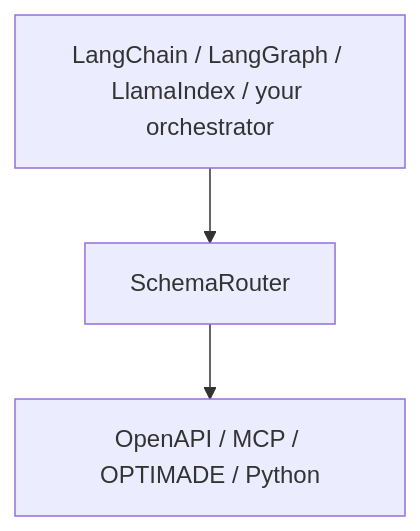
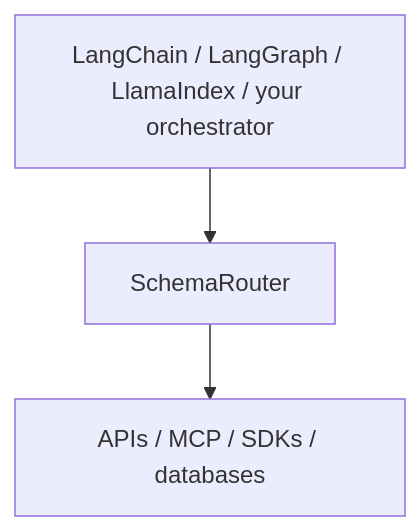
Before and after one commit to JDeun/SchemaRouter: the diagram in docs/index.md, drawn with Mermaid. The commit also changed other lines of this file, not shown here.

````diff
--- a/docs/index.md
+++ b/docs/index.md
@@ -58,5 +57,5 @@
 ```mermaid
 flowchart TD
     F["LangChain / LangGraph / LlamaIndex / your orchestrator"] --> SR["SchemaRouter"]
-    SR --> T["OpenAPI / MCP / OPTIMADE / Python"]
+    SR --> T["APIs / MCP / SDKs / databases"]
 ```
````
